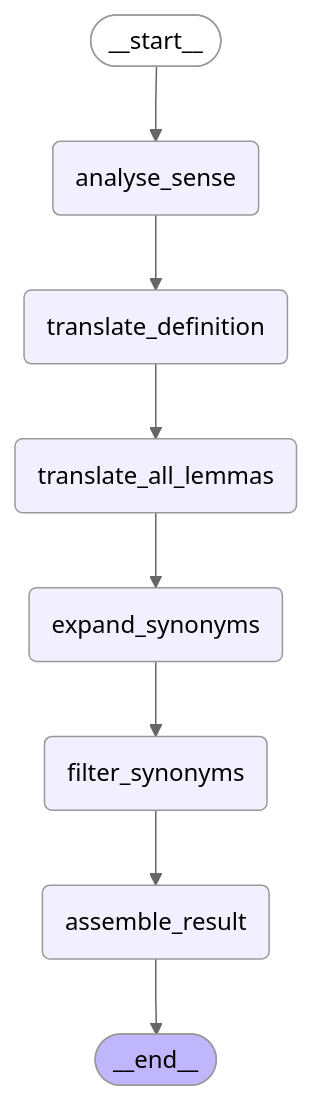
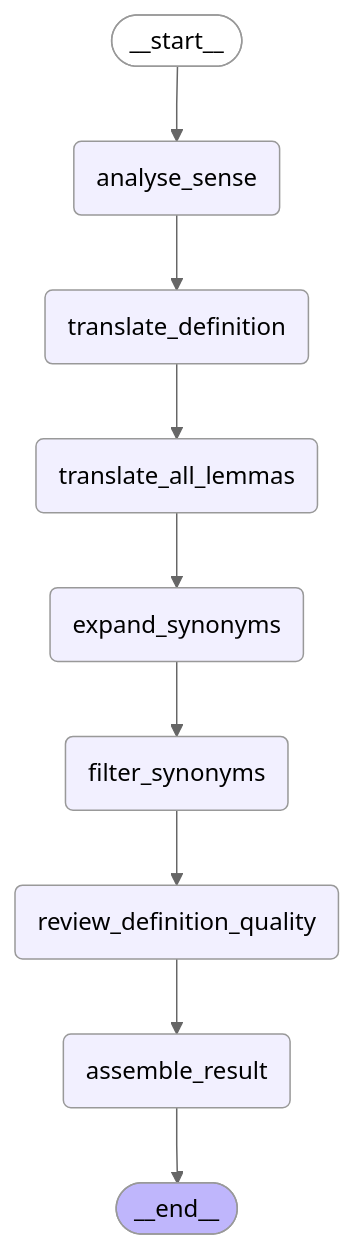
One commit to sasa5linkar/wordnet_autotranslate- changed the diagram in translation_graph_doc.md. Above: the diagram before and after it, drawn with Mermaid (neutral theme). The commit also changed other lines of this file and 24 other files, not shown here.

````diff
--- a/translation_graph_doc.md
+++ b/translation_graph_doc.md
@@ -15,27 +15,29 @@
 ```mermaid
 ---
 config:
   flowchart:
     curve: linear
 ---
 graph TD;
 	__start__([<p>__start__</p>]):::first
 	analyse_sense(analyse_sense)
 	translate_definition(translate_definition)
 	translate_all_lemmas(translate_all_lemmas)
 	expand_synonyms(expand_synonyms)
 	filter_synonyms(filter_synonyms)
+	review_definition_quality(review_definition_quality)
 	assemble_result(assemble_result)
 	__end__([<p>__end__</p>]):::last
 	__start__ --> analyse_sense;
 	analyse_sense --> translate_definition;
 	expand_synonyms --> filter_synonyms;
-	filter_synonyms --> assemble_result;
+	filter_synonyms --> review_definition_quality;
+	review_definition_quality --> assemble_result;
 	translate_all_lemmas --> expand_synonyms;
 	translate_definition --> translate_all_lemmas;
 	assemble_result --> __end__;
 	classDef default fill:#f2f0ff,line-height:1.2
 	classDef first fill-opacity:0
 	classDef last fill:#bfb6fc
 
 ```
````
